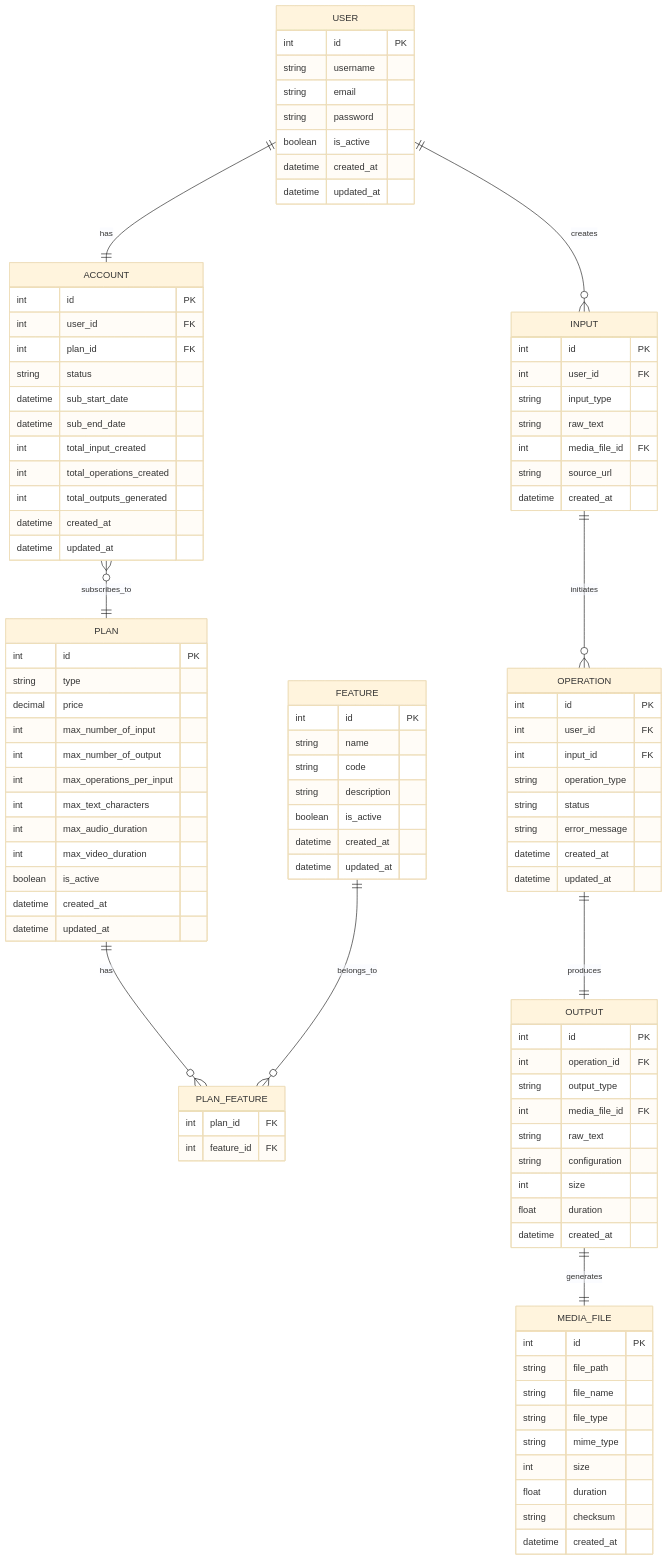
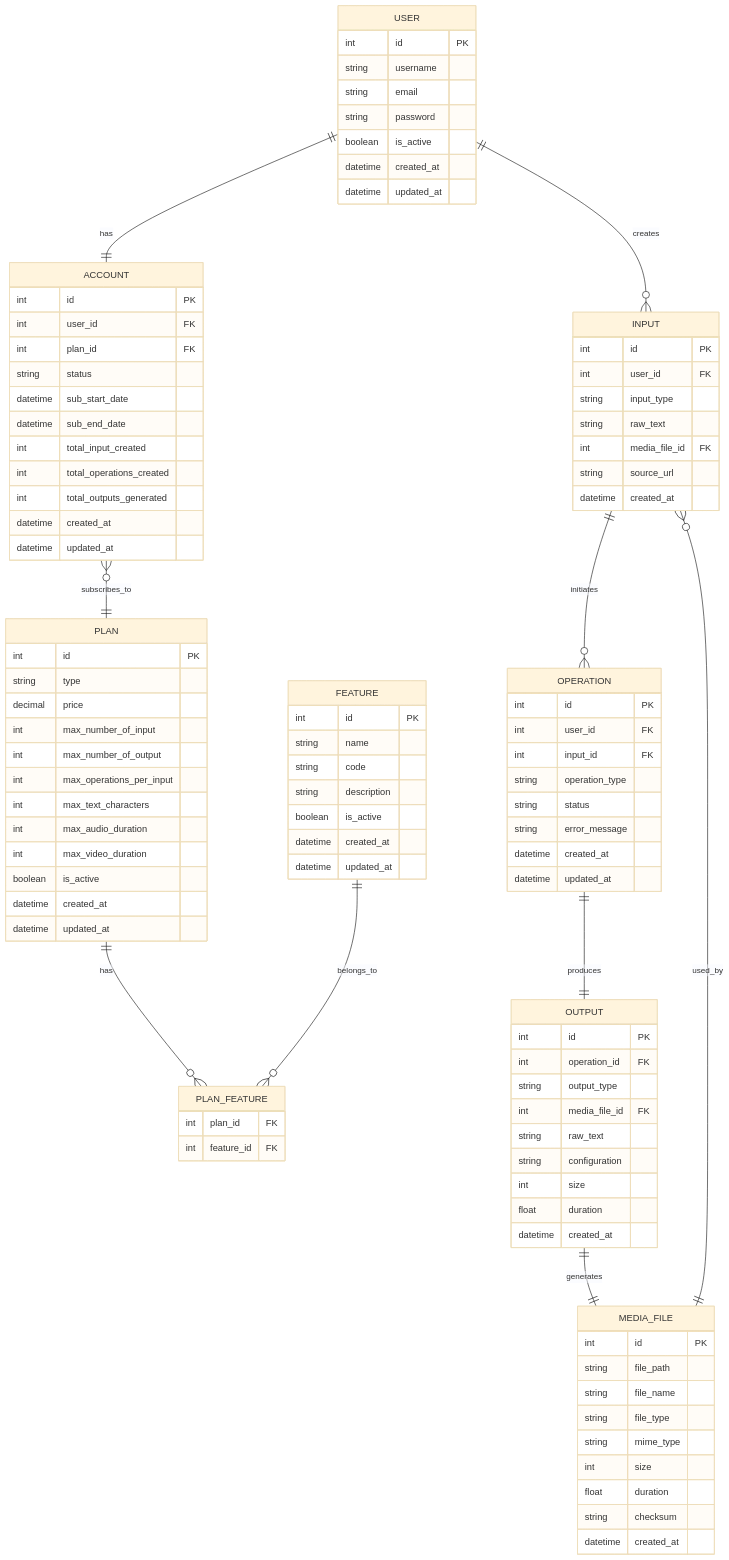
One commit to NelMatrix743/text-speaker-io changed the diagram in ERD.md. Above: the diagram before and after it, drawn with Mermaid (base theme).

Commit message:
refactor: add relationship between input and media_file models

````diff
--- a/ERD.md
+++ b/ERD.md
@@ -112,4 +112,5 @@
 
     OPERATION ||--|| OUTPUT : produces
     OUTPUT || --|| MEDIA_FILE : generates
+    MEDIA_FILE ||--o{ INPUT : used_by
 ```
````
